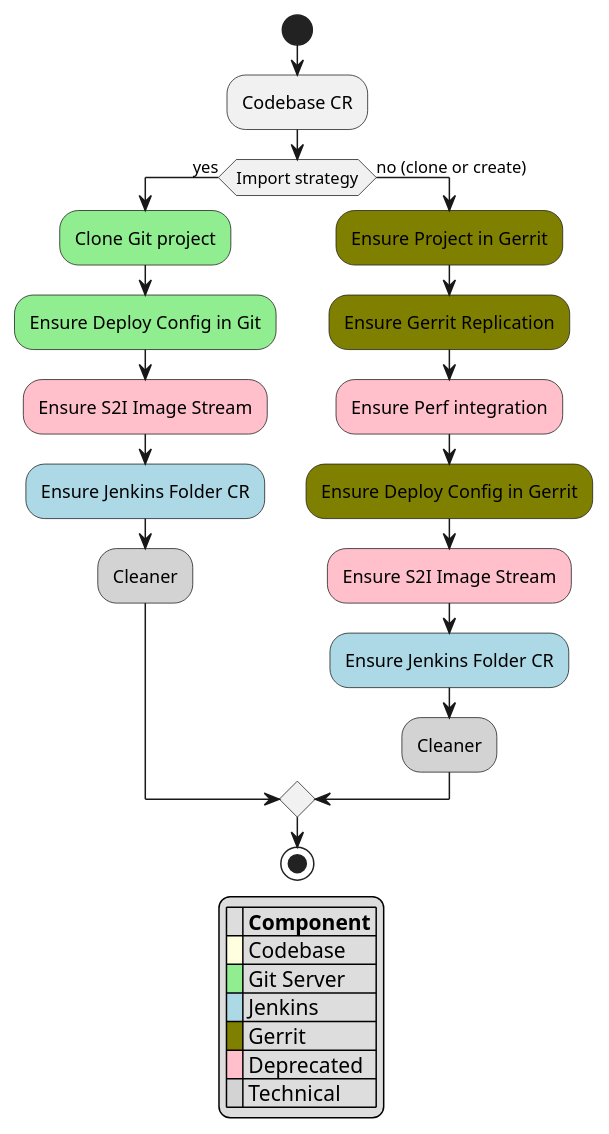
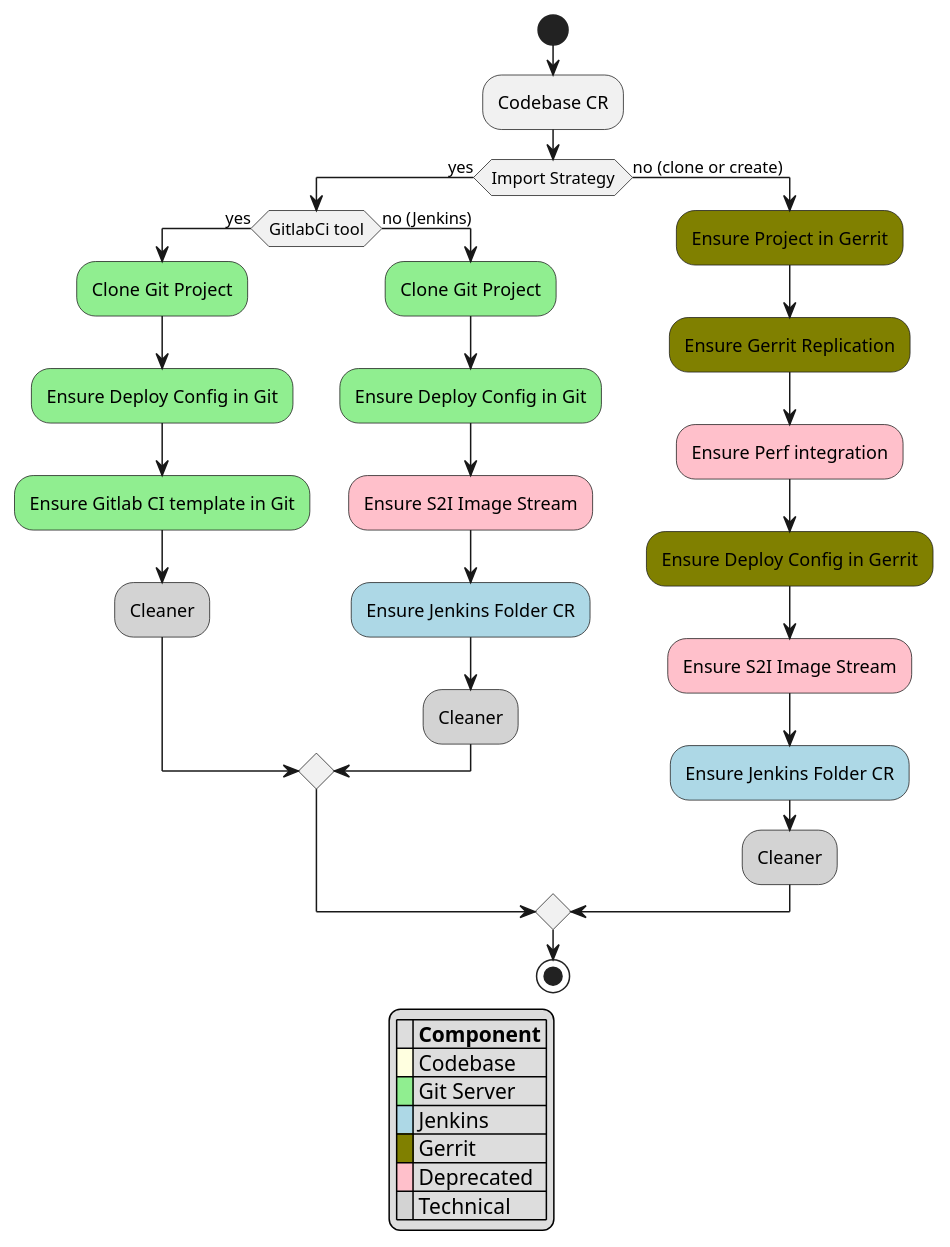
Before and after one commit to epmd-edp/codebase-operator: the diagram in documentation/puml/codebase_chain.puml, drawn with PlantUML. The commit also changed 4 other files, not shown here.

Commit message:
[EPMDEDP-5559]: Add new API to arch diagram; Update doc

```diff
--- a/documentation/puml/codebase_chain.puml
+++ b/documentation/puml/codebase_chain.puml
@@ -1,30 +1,37 @@
 @startuml
 start
 :Codebase CR;
-if (Import strategy) then (yes)
-    #lightgreen:Clone Git project;
-    #lightgreen:Ensure Deploy Config in Git;
-    #pink:Ensure S2I Image Stream;
-    #lightblue:Ensure Jenkins Folder CR;
-    #lightgrey:Cleaner;
+if (Import Strategy) then (yes)
+    if (GitlabCi tool) then (yes)
+        #lightgreen:Clone Git Project;
+        #lightgreen:Ensure Deploy Config in Git;
+        #lightgreen:Ensure Gitlab CI template in Git;
+        #lightgrey:Cleaner;
+    else (no (Jenkins))
+        #lightgreen:Clone Git Project;
+        #lightgreen:Ensure Deploy Config in Git;
+        #pink:Ensure S2I Image Stream;
+        #lightblue:Ensure Jenkins Folder CR;
+        #lightgrey:Cleaner;
+    endif
 else (no (clone or create))
     #olive:Ensure Project in Gerrit;
     #olive:Ensure Gerrit Replication;
     #pink:Ensure Perf integration;
     #olive:Ensure Deploy Config in Gerrit;
     #pink:Ensure S2I Image Stream;
     #lightblue:Ensure Jenkins Folder CR;
     #lightgrey:Cleaner;
 endif
 stop
 
 legend
 |= |= Component |
 |<back:#lightyellow>   </back>| Codebase |
 |<back:#lightgreen>   </back>| Git Server |
 |<back:#lightblue>   </back>| Jenkins |
 |<back:#olive>   </back>| Gerrit |
 |<back:#pink>   </back>| Deprecated |
 |<back:#lightgrey>   </back>| Technical  |
 endlegend
 @enduml
```
